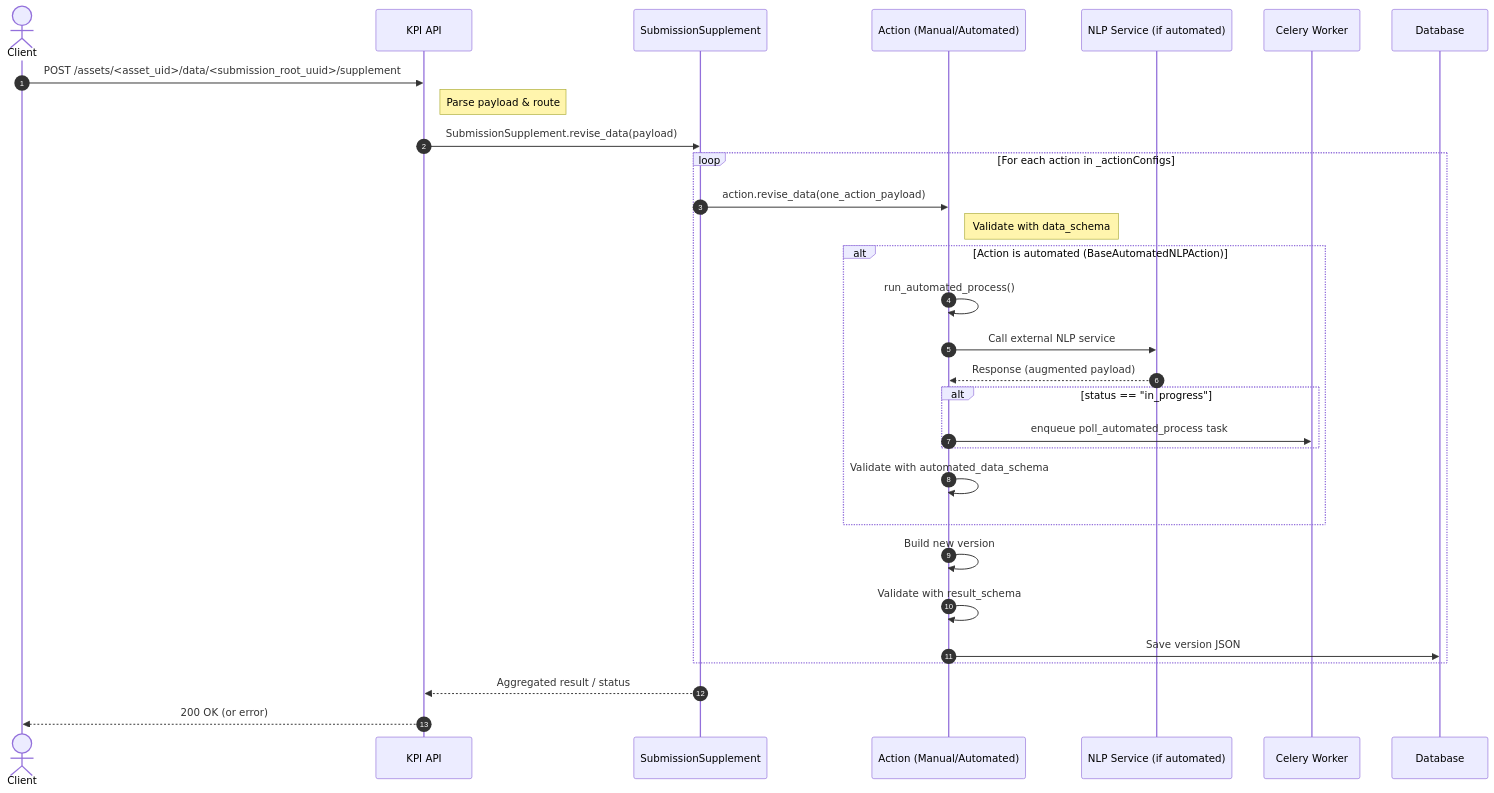
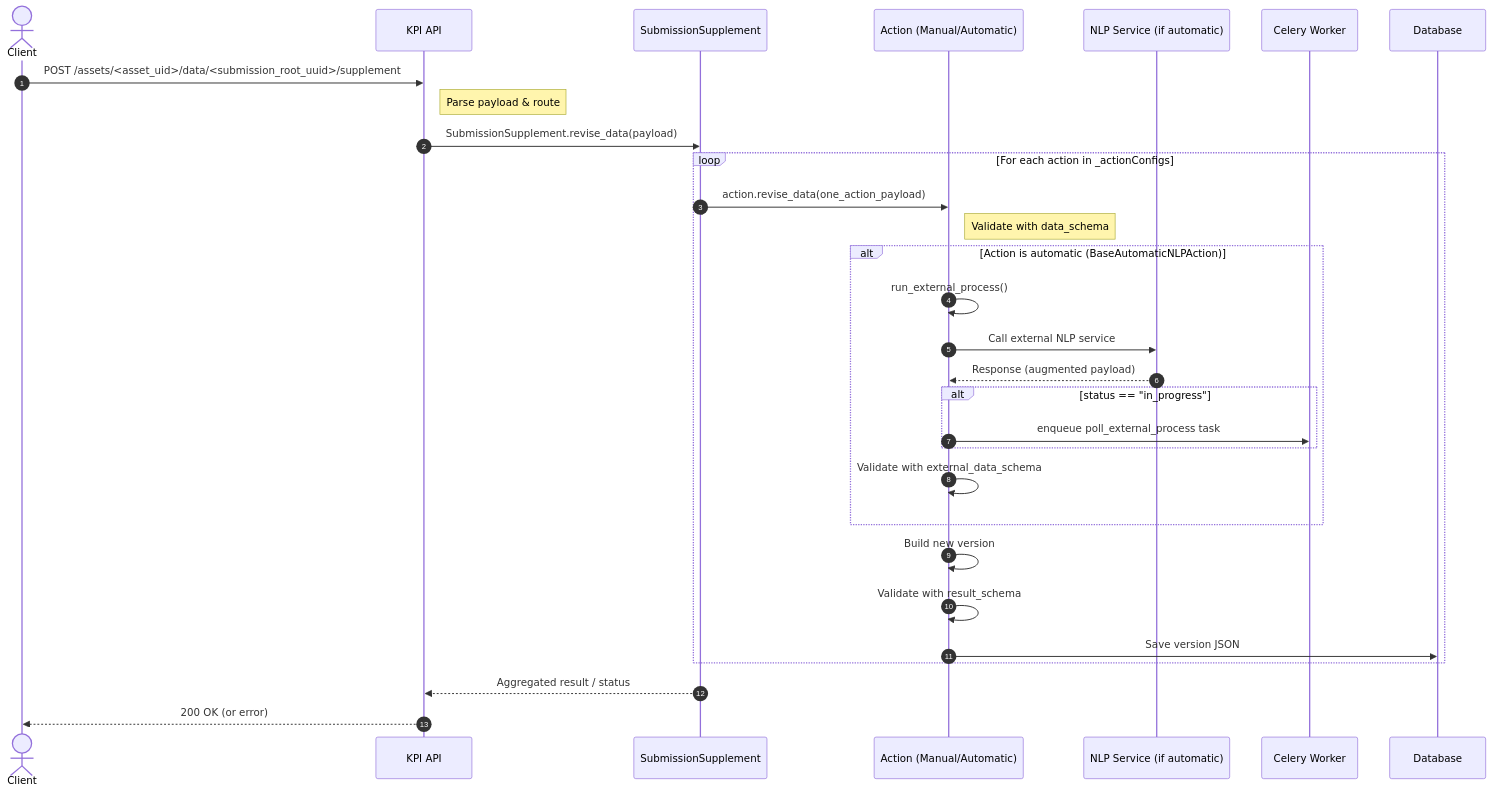
The second of 3 diagrams in kobo/apps/subsequences/README.md (kobotoolbox/kpi), drawn with Mermaid before and after one commit. The commit also changed other lines of this file and 13 other files, not shown here.

First line of the commit message:
refactor(subsequences): rename "automated" to "automatic" (#6446)

````diff
--- a/kobo/apps/subsequences/README.md
+++ b/kobo/apps/subsequences/README.md
@@ -169,38 +169,38 @@
 ```mermaid
 sequenceDiagram
 autonumber
 actor Client
 participant API as KPI API
 participant SS as SubmissionSupplement
-participant Action as Action (Manual/Automated)
-participant Ext as NLP Service (if automated)
+participant Action as Action (Manual/Automatic)
+participant Ext as NLP Service (if automatic)
 participant Celery as Celery Worker
 participant DB as Database
 
 Client->>API: POST /assets/<asset_uid>/data/<submission_root_uuid>/supplement
 Note right of API: Parse payload & route
 
 API->>SS: SubmissionSupplement.revise_data(payload)
 
 loop For each action in _actionConfigs
   SS->>Action: action.revise_data(one_action_payload)
   Note right of Action: Validate with data_schema
 
-  alt Action is automated (BaseAutomatedNLPAction)
-    Action->>Action: run_automated_process()
+  alt Action is automatic (BaseAutomaticNLPAction)
+    Action->>Action: run_external_process()
     Action->>Ext: Call external NLP service
     Ext-->>Action: Response (augmented payload)
     alt status == "in_progress"
-      Action->>Celery: enqueue poll_automated_process task
+      Action->>Celery: enqueue poll_external_process task
     end
-    Action->>Action: Validate with automated_data_schema
+    Action->>Action: Validate with external_data_schema
   end
 
   Action->>Action: Build new version
   Action->>Action: Validate with result_schema
   Action->>DB: Save version JSON
 end
 
 SS-->>API: Aggregated result / status
 API-->>Client: 200 OK (or error)
 ```
````
